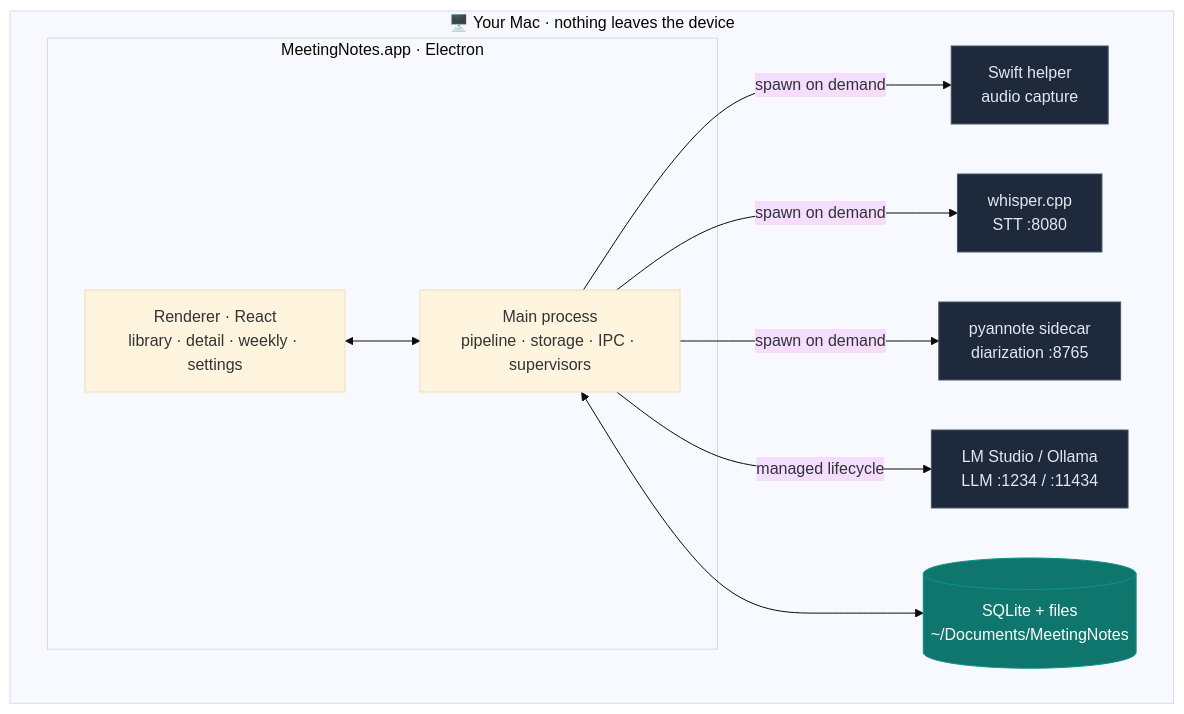
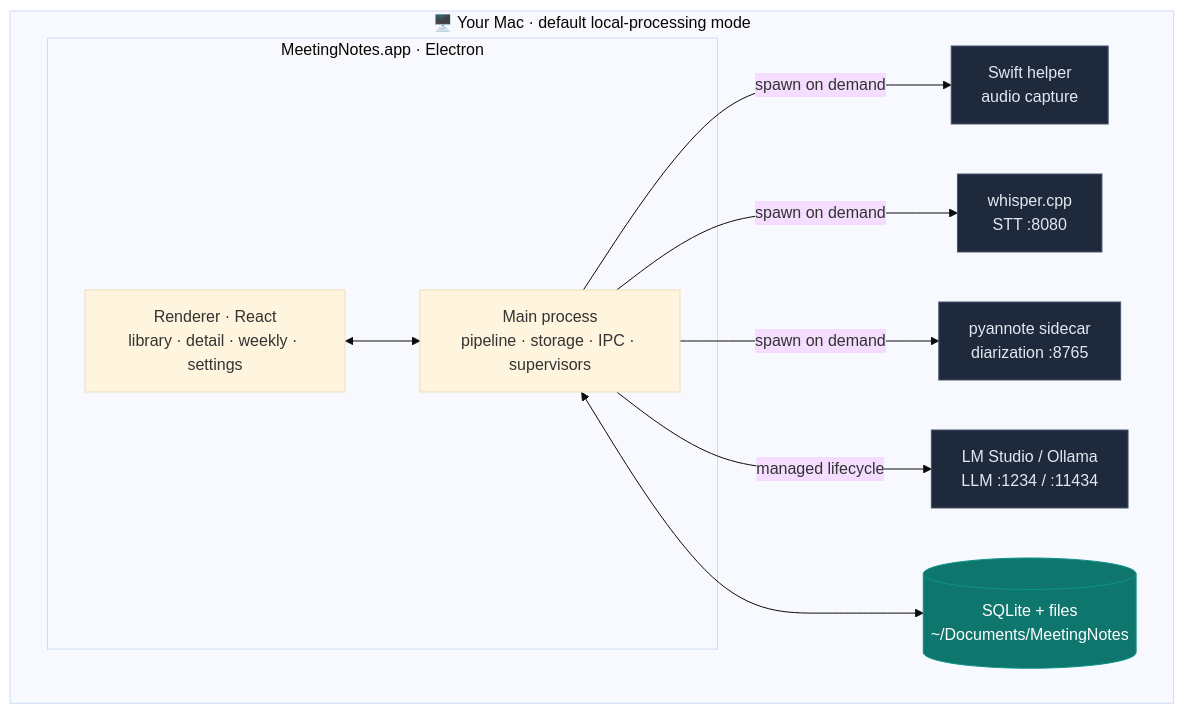
One commit to dbbaskette/MeetingNotes changed the first of 2 diagrams in README.md. Above: the diagram before and after it, drawn with Mermaid (base theme). The commit also changed other lines of this file and 15 other files, not shown here.

````diff
--- a/README.md
+++ b/README.md
@@ -83,27 +83,27 @@
 ```mermaid
 flowchart LR
-    subgraph mac["🖥️ Your Mac · nothing leaves the device"]
+    subgraph mac["🖥️ Your Mac · default local-processing mode"]
         direction LR
         subgraph app["MeetingNotes.app · Electron"]
             ui["Renderer · React<br/>library · detail · weekly · settings"]
             main["Main process<br/>pipeline · storage · IPC · supervisors"]
         end
         swift["Swift helper<br/>audio capture"]
         whisper["whisper.cpp<br/>STT :8080"]
         sidecar["pyannote sidecar<br/>diarization :8765"]
         llm["LM Studio / Ollama<br/>LLM :1234 / :11434"]
         store[("SQLite + files<br/>~/Documents/MeetingNotes")]
     end
 
     ui <--> main
     main -->|spawn on demand| swift
     main -->|spawn on demand| whisper
     main -->|spawn on demand| sidecar
     main -->|managed lifecycle| llm
     main <--> store
 
     classDef svc fill:#1e293b,stroke:#475569,color:#e2e8f0
     classDef data fill:#0f766e,stroke:#0d9488,color:#fff
     class swift,whisper,sidecar,llm svc
     class store data
 ```
````
